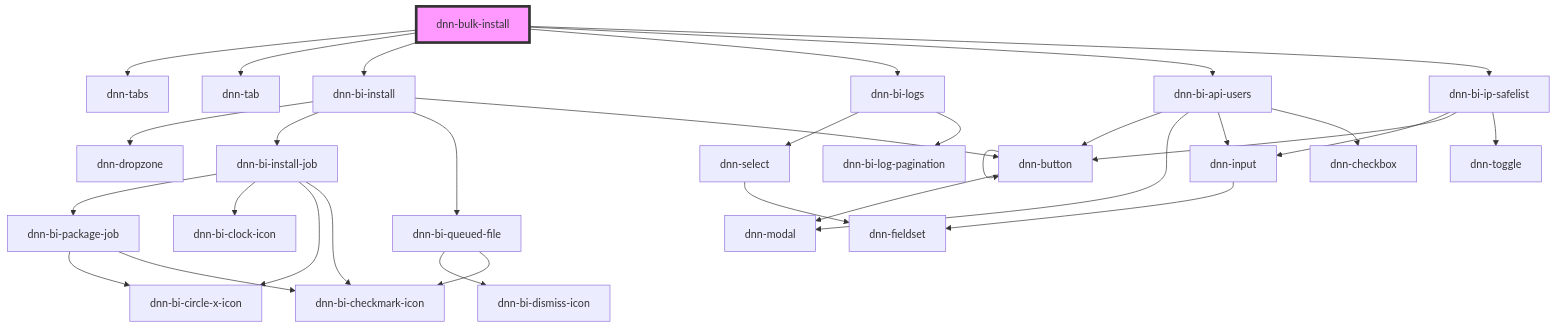
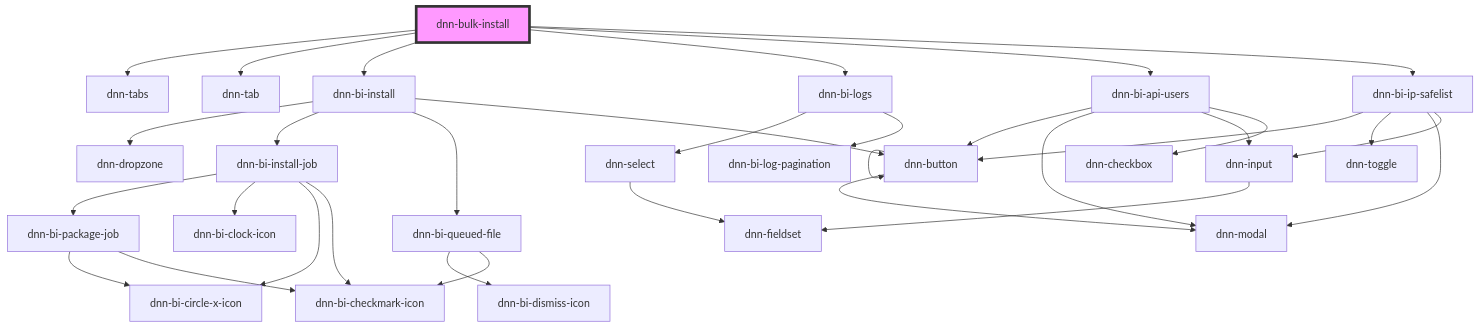
Before and after one commit to dnnsoftware/Dnn.Platform: the diagram in DNN Platform/Modules/BulkInstall/BulkInstall.Web/src/components/dnn-bulk-install/readme.md, drawn with Mermaid. The commit also changed 17 other files, not shown here.

````diff
--- a/DNN Platform/Modules/BulkInstall/BulkInstall.Web/src/components/dnn-bulk-install/readme.md
+++ b/DNN Platform/Modules/BulkInstall/BulkInstall.Web/src/components/dnn-bulk-install/readme.md
@@ -25,35 +25,36 @@
 ```mermaid
 graph TD;
   dnn-bulk-install --> dnn-tabs
   dnn-bulk-install --> dnn-tab
   dnn-bulk-install --> dnn-bi-install
   dnn-bulk-install --> dnn-bi-logs
   dnn-bulk-install --> dnn-bi-api-users
   dnn-bulk-install --> dnn-bi-ip-safelist
   dnn-bi-install --> dnn-dropzone
   dnn-bi-install --> dnn-bi-install-job
   dnn-bi-install --> dnn-bi-queued-file
   dnn-bi-install --> dnn-button
   dnn-bi-install-job --> dnn-bi-package-job
   dnn-bi-install-job --> dnn-bi-clock-icon
   dnn-bi-install-job --> dnn-bi-circle-x-icon
   dnn-bi-install-job --> dnn-bi-checkmark-icon
   dnn-bi-package-job --> dnn-bi-circle-x-icon
   dnn-bi-package-job --> dnn-bi-checkmark-icon
   dnn-bi-queued-file --> dnn-bi-dismiss-icon
   dnn-bi-queued-file --> dnn-bi-checkmark-icon
   dnn-button --> dnn-modal
   dnn-button --> dnn-button
   dnn-bi-logs --> dnn-select
   dnn-bi-logs --> dnn-bi-log-pagination
   dnn-select --> dnn-fieldset
   dnn-bi-api-users --> dnn-button
   dnn-bi-api-users --> dnn-modal
   dnn-bi-api-users --> dnn-input
   dnn-bi-api-users --> dnn-checkbox
   dnn-input --> dnn-fieldset
-  dnn-bi-ip-safelist --> dnn-input
   dnn-bi-ip-safelist --> dnn-button
   dnn-bi-ip-safelist --> dnn-toggle
+  dnn-bi-ip-safelist --> dnn-modal
+  dnn-bi-ip-safelist --> dnn-input
   style dnn-bulk-install fill:#f9f,stroke:#333,stroke-width:4px
 ```
````
